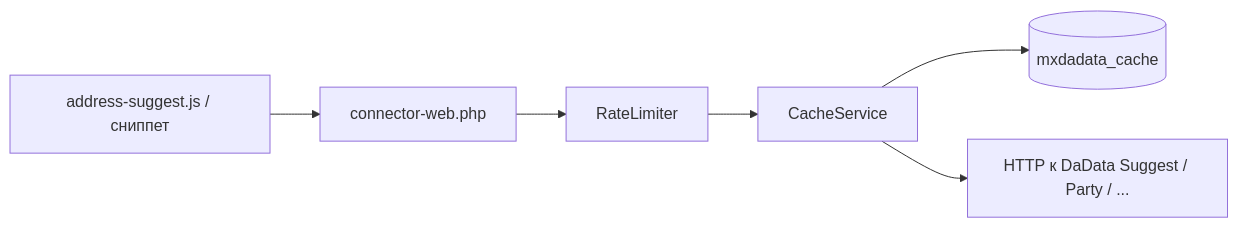
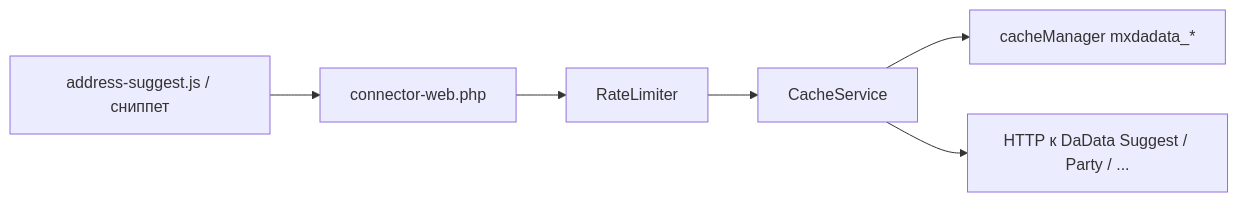
Before and after one commit to modx-pro/Docs: the first of 3 diagrams in docs/components/mxdadata/integration.md, drawn with Mermaid. The commit also changed other lines of this file and 102 other files, not shown here.

````diff
--- a/docs/components/mxdadata/integration.md
+++ b/docs/components/mxdadata/integration.md
@@ -13,8 +13,8 @@
 ```mermaid
 flowchart LR
   A[address-suggest.js / сниппет] --> B[connector-web.php]
   B --> C[RateLimiter]
   C --> D[CacheService]
-  D --> E[(mxdadata_cache)]
+  D --> E[cacheManager mxdadata_*]
   D --> F[HTTP к DaData Suggest / Party / ...]
 ```
````
